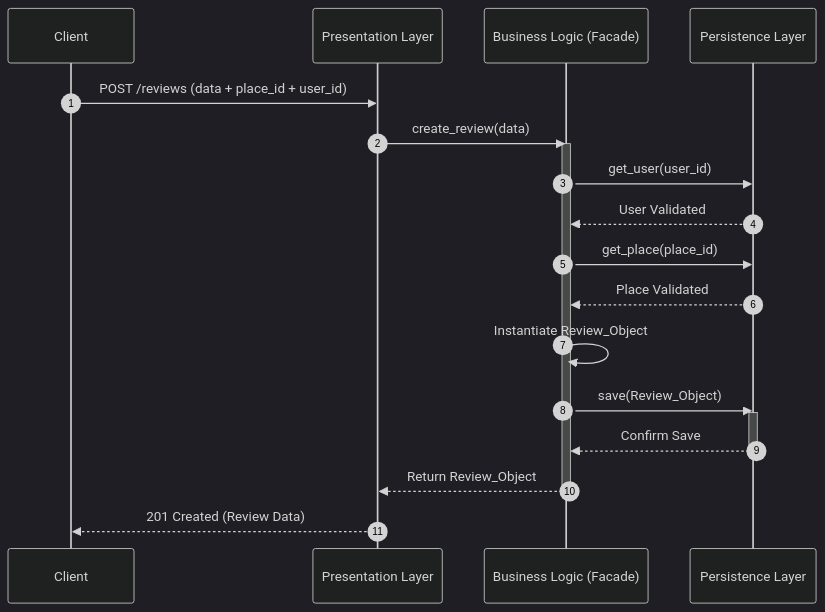
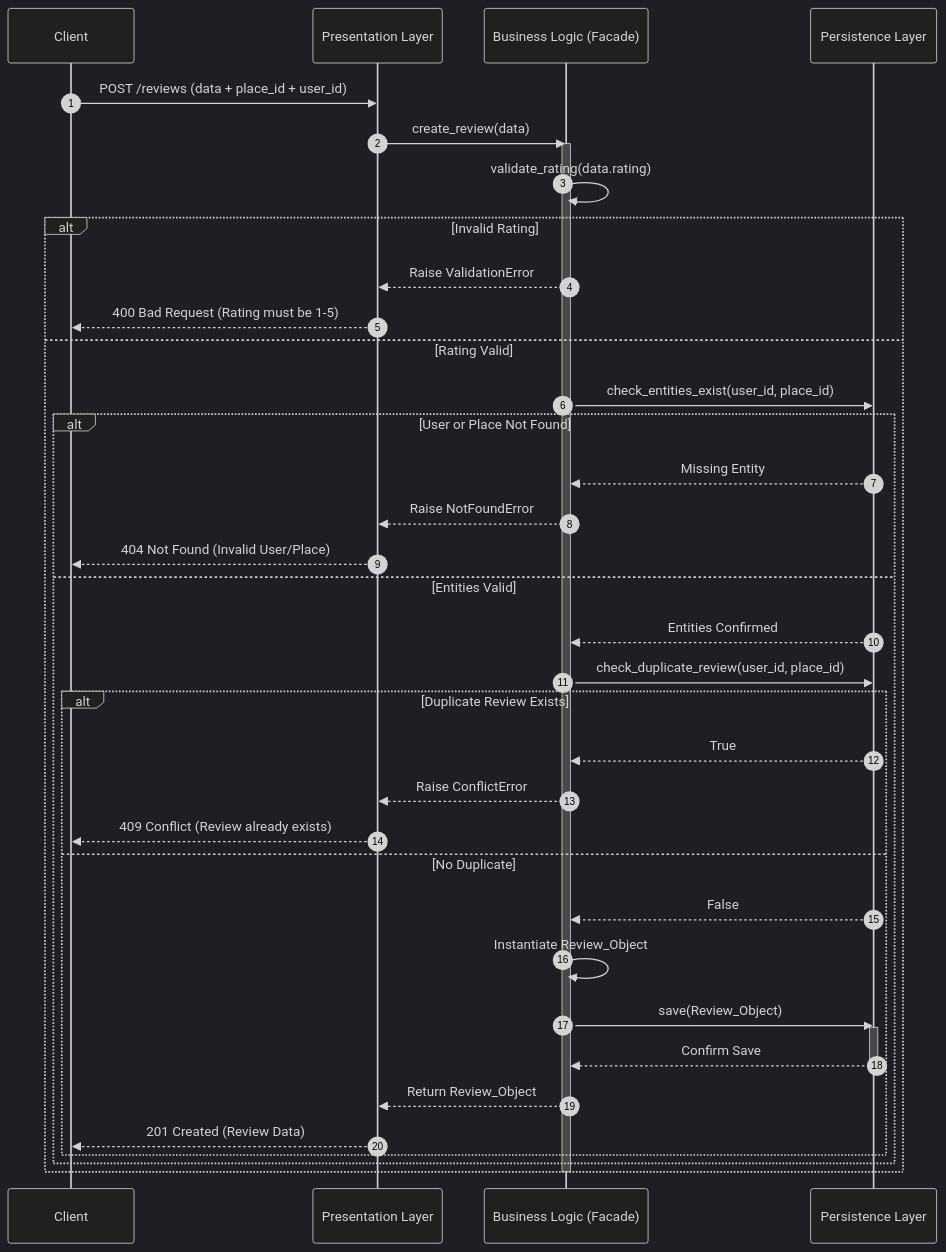
Before and after one commit to oceex/holbertonschool-hbnb: the fifth of 6 diagrams in part1/README.md, drawn with Mermaid (dark theme). The commit also changed other lines of this file, not shown here.

First line of the commit message:
fix: update part1/README.md to address all reviewer feedback regarding architecture, entities, and error flows

````diff
--- a/part1/README.md
+++ b/part1/README.md
@@ -242,24 +266,43 @@
 ```mermaid
 sequenceDiagram
     autonumber
     participant Client
     participant API as Presentation Layer
     participant Facade as Business Logic (Facade)
     participant DB as Persistence Layer
 
     Client->>API: POST /reviews (data + place_id + user_id)
     API->>Facade: create_review(data)
     activate Facade
-    Facade->>DB: get_user(user_id)
-    DB-->>Facade: User Validated
-    Facade->>DB: get_place(place_id)
-    DB-->>Facade: Place Validated
-    Facade->>Facade: Instantiate Review_Object
-    Facade->>DB: save(Review_Object)
-    activate DB
-    DB-->>Facade: Confirm Save
-    deactivate DB
-    Facade-->>API: Return Review_Object
+    Facade->>Facade: validate_rating(data.rating)
+    
+    alt Invalid Rating
+        Facade-->>API: Raise ValidationError
+        API-->>Client: 400 Bad Request (Rating must be 1-5)
+    else Rating Valid
+        Facade->>DB: check_entities_exist(user_id, place_id)
+        alt User or Place Not Found
+            DB-->>Facade: Missing Entity
+            Facade-->>API: Raise NotFoundError
+            API-->>Client: 404 Not Found (Invalid User/Place)
+        else Entities Valid
+            DB-->>Facade: Entities Confirmed
+            Facade->>DB: check_duplicate_review(user_id, place_id)
+            alt Duplicate Review Exists
+                DB-->>Facade: True
+                Facade-->>API: Raise ConflictError
+                API-->>Client: 409 Conflict (Review already exists)
+            else No Duplicate
+                DB-->>Facade: False
+                Facade->>Facade: Instantiate Review_Object
+                Facade->>DB: save(Review_Object)
+                activate DB
+                DB-->>Facade: Confirm Save
+                deactivate DB
+                Facade-->>API: Return Review_Object
+                API-->>Client: 201 Created (Review Data)
+            end
+        end
+    end
     deactivate Facade
-    API-->>Client: 201 Created (Review Data)
 ```
````
